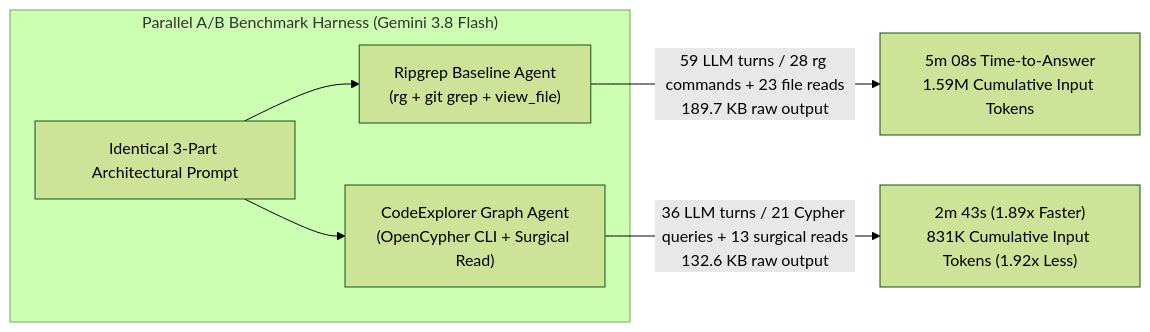
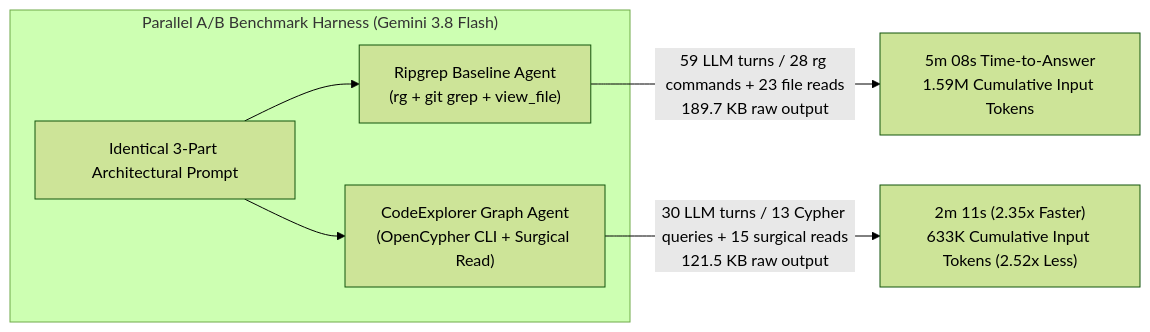
Before and after one commit to vmikhailov/code-explorer: the diagram in benchmarks/01-polyglot-architecture-and-blast-radius/README.md, drawn with Mermaid (forest theme). The commit also changed other lines of this file and 2 other files, not shown here.

````diff
--- a/benchmarks/01-polyglot-architecture-and-blast-radius/README.md
+++ b/benchmarks/01-polyglot-architecture-and-blast-radius/README.md
@@ -44,11 +44,11 @@
 ```mermaid
 flowchart LR
     subgraph Harness["Parallel A/B Benchmark Harness (Gemini 3.8 Flash)"]
         Prompt["Identical 3-Part Architectural Prompt"]
         Prompt --> RgBase["Ripgrep Baseline Agent\n(rg + git grep + view_file)"]
         Prompt --> Graph["CodeExplorer Graph Agent\n(OpenCypher CLI + Surgical Read)"]
     end
 
     RgBase -->|"59 LLM turns / 28 rg commands + 23 file reads\n189.7 KB raw output"| BaseResult["5m 08s Time-to-Answer\n1.59M Cumulative Input Tokens"]
-    Graph -->|"36 LLM turns / 21 Cypher queries + 13 surgical reads\n132.6 KB raw output"| GraphResult["2m 43s (1.89x Faster)\n831K Cumulative Input Tokens (1.92x Less)"]
+    Graph -->|"30 LLM turns / 13 Cypher queries + 15 surgical reads\n121.5 KB raw output"| GraphResult["2m 11s (2.35x Faster)\n633K Cumulative Input Tokens (2.52x Less)"]
 ```
````
